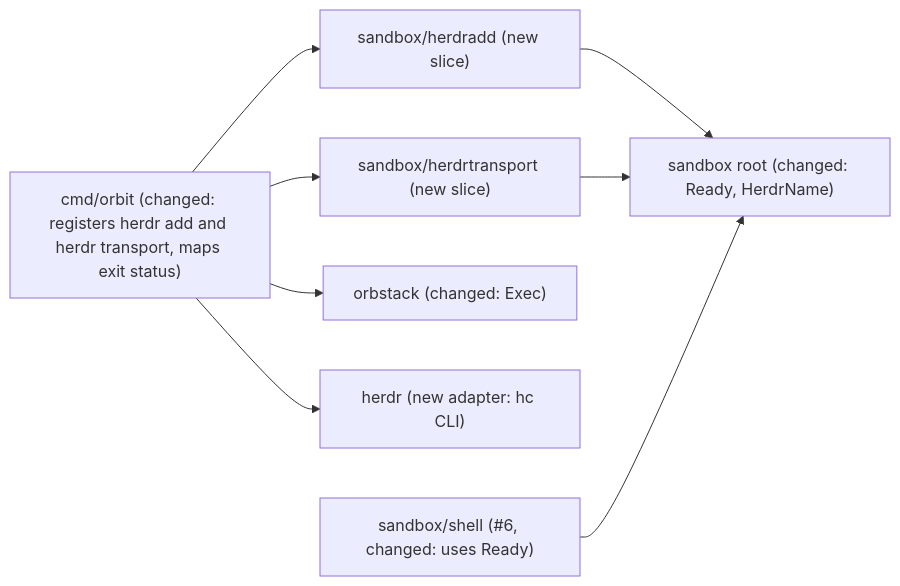
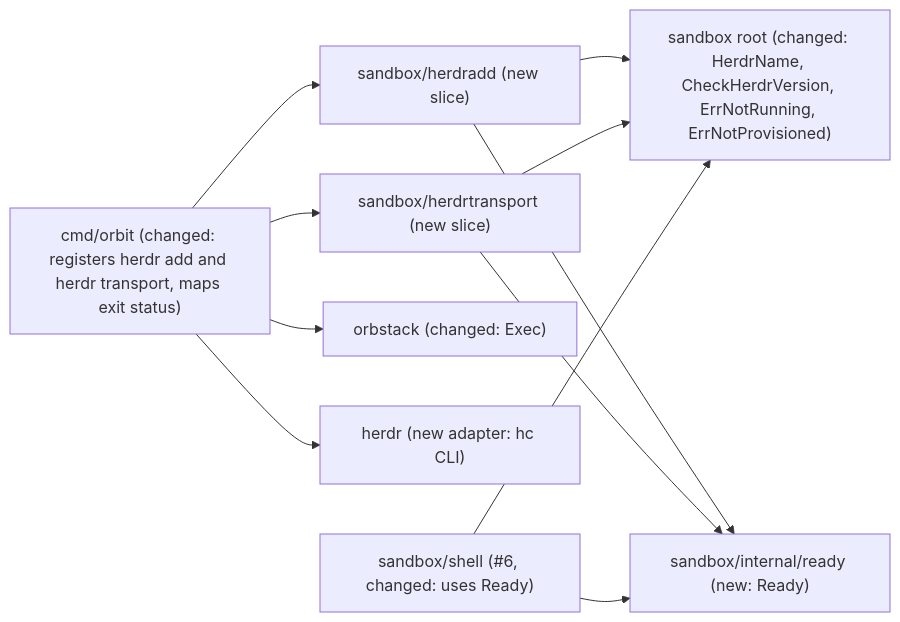
Before and after one commit to cultofthecode/orbit: the second of 2 diagrams in .ai/specs/2026-11-11-herdr-core-support.md, drawn with Mermaid. The commit also changed other lines of this file, not shown here.

````diff
--- a/.ai/specs/2026-11-11-herdr-core-support.md
+++ b/.ai/specs/2026-11-11-herdr-core-support.md
@@ -172,10 +176,13 @@
 ```mermaid
 flowchart LR
   cmd["cmd/orbit (changed: registers herdr add and herdr transport, maps exit status)"] --> add["sandbox/herdradd (new slice)"]
   cmd --> tr["sandbox/herdrtransport (new slice)"]
   cmd --> orb["orbstack (changed: Exec)"]
   cmd --> hcad["herdr (new adapter: hc CLI)"]
-  add --> sb["sandbox root (changed: Ready, HerdrName)"]
+  add --> sb["sandbox root (changed: HerdrName, CheckHerdrVersion, ErrNotRunning, ErrNotProvisioned)"]
   tr --> sb
   shell["sandbox/shell (#6, changed: uses Ready)"] --> sb
+  add --> rd["sandbox/internal/ready (new: Ready)"]
+  tr --> rd
+  shell --> rd
 ```
````
